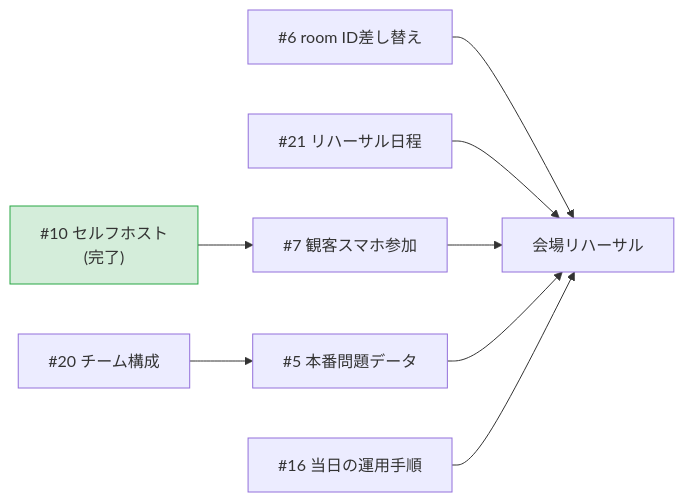
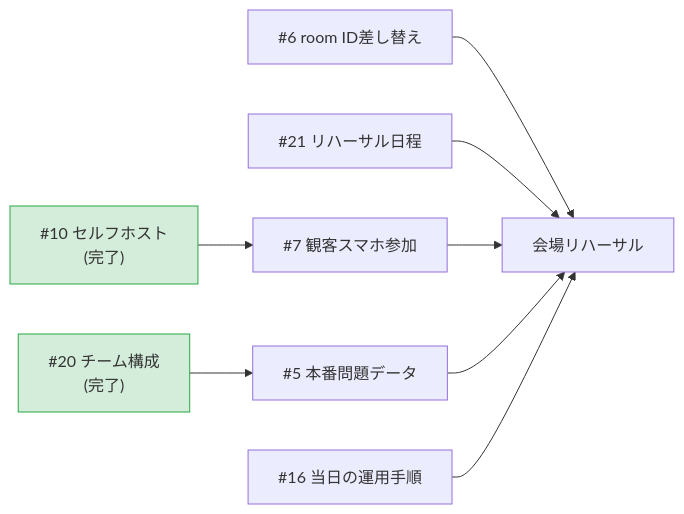
The diagram in docs/status.md (suzuka-kosen-festa/snctfes2026-suzuleague), drawn with Mermaid before and after one commit. The commit also changed other lines of this file, not shown here.

````diff
--- a/docs/status.md
+++ b/docs/status.md
@@ -124,11 +127,12 @@
 ```mermaid
 flowchart LR
     i10["#10 セルフホスト<br>(完了)"] --> i7["#7 観客スマホ参加"]
-    i20["#20 チーム構成"] --> i5["#5 本番問題データ"]
+    i20["#20 チーム構成<br>(完了)"] --> i5["#5 本番問題データ"]
     i6["#6 room ID差し替え"] --> reh["会場リハーサル"]
     i21["#21 リハーサル日程"] --> reh
     i7 --> reh
     i5 --> reh
     i16["#16 当日の運用手順"] --> reh
     style i10 fill:#d4edda,stroke:#28a745
+    style i20 fill:#d4edda,stroke:#28a745
 ```
````
